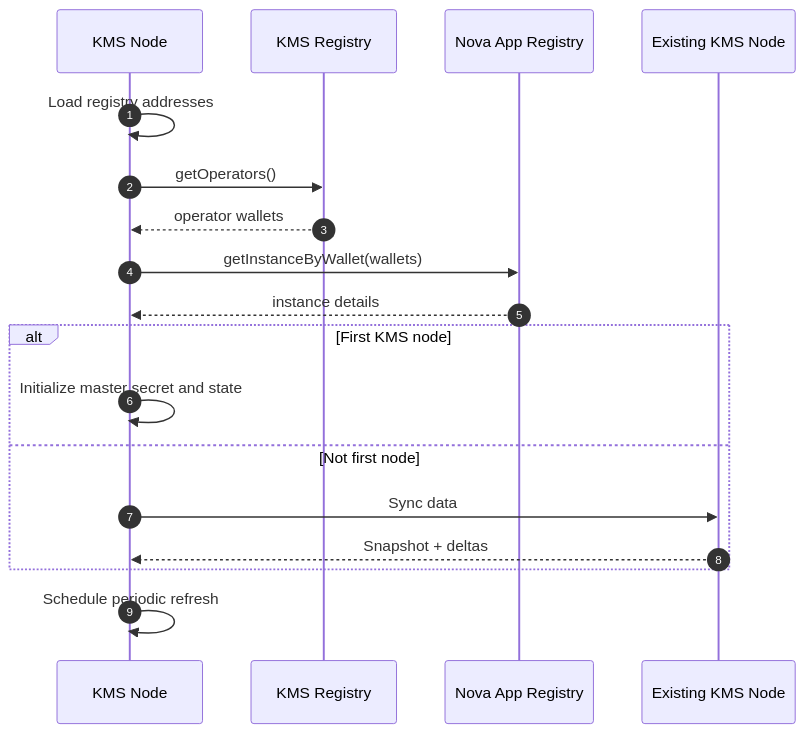
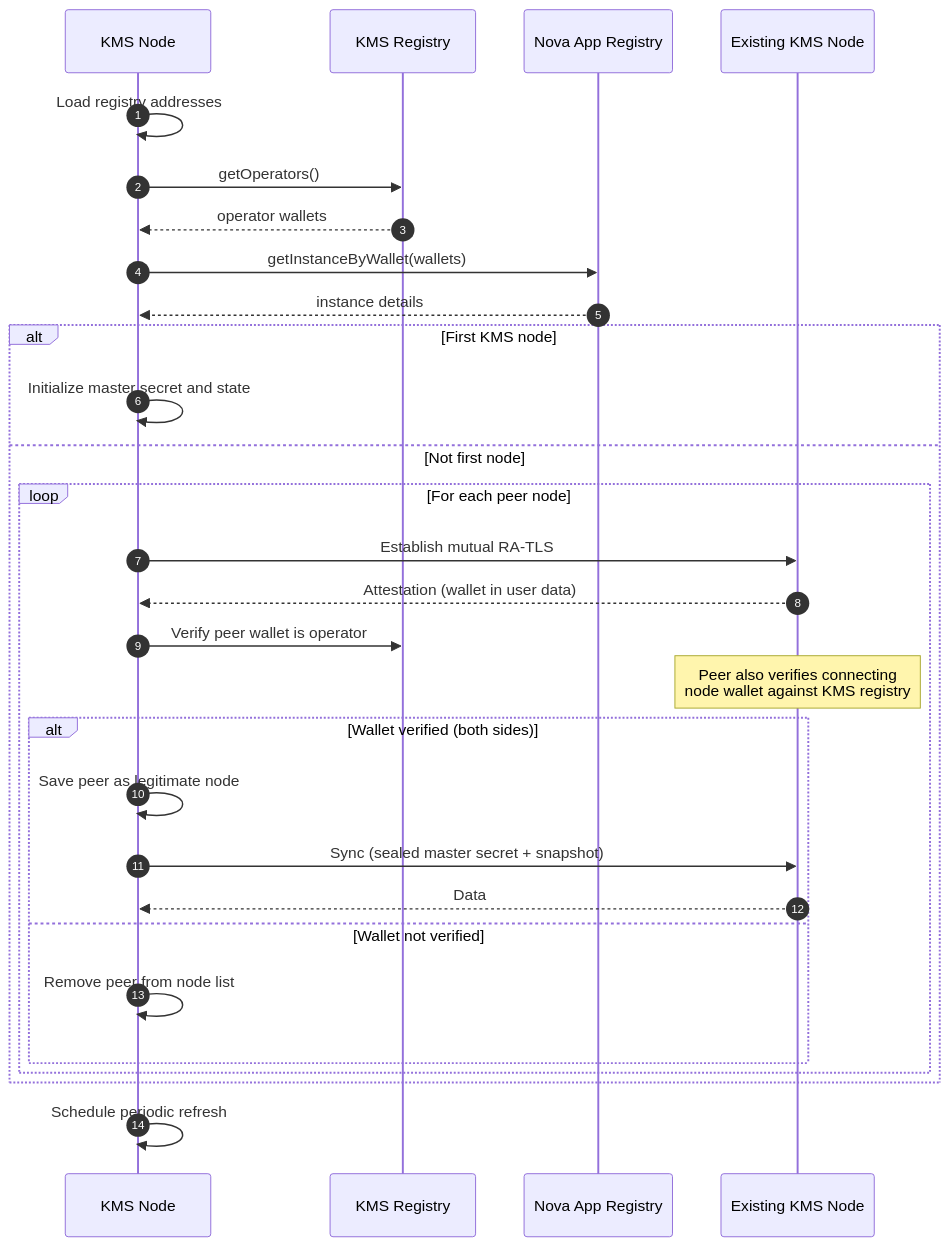
The third of 4 diagrams in docs/kms-core-workflows.md (sparsity-xyz/nova-kms), drawn with Mermaid before and after one commit. The commit also changed other lines of this file and 3 other files, not shown here.

````diff
--- a/docs/kms-core-workflows.md
+++ b/docs/kms-core-workflows.md
@@ -84,21 +92,32 @@
 ```mermaid
 sequenceDiagram
     autonumber
     participant KMSNode as KMS Node
     participant KMSRegistry as KMS Registry
     participant NovaRegistry as Nova App Registry
     participant PeerNode as Existing KMS Node
 
     KMSNode->>KMSNode: Load registry addresses
     KMSNode->>KMSRegistry: getOperators()
     KMSRegistry-->>KMSNode: operator wallets
     KMSNode->>NovaRegistry: getInstanceByWallet(wallets)
     NovaRegistry-->>KMSNode: instance details
     alt First KMS node
         KMSNode->>KMSNode: Initialize master secret and state
     else Not first node
-        KMSNode->>PeerNode: Sync data
-        PeerNode-->>KMSNode: Snapshot + deltas
+        loop For each peer node
+            KMSNode->>PeerNode: Establish mutual RA-TLS
+            PeerNode-->>KMSNode: Attestation (wallet in user data)
+            KMSNode->>KMSRegistry: Verify peer wallet is operator
+            Note over PeerNode: Peer also verifies connecting<br/>node wallet against KMS registry
+            alt Wallet verified (both sides)
+                KMSNode->>KMSNode: Save peer as legitimate node
+                KMSNode->>PeerNode: Sync (sealed master secret + snapshot)
+                PeerNode-->>KMSNode: Data
+            else Wallet not verified
+                KMSNode->>KMSNode: Remove peer from node list
+            end
+        end
     end
     KMSNode->>KMSNode: Schedule periodic refresh
 ```
````
